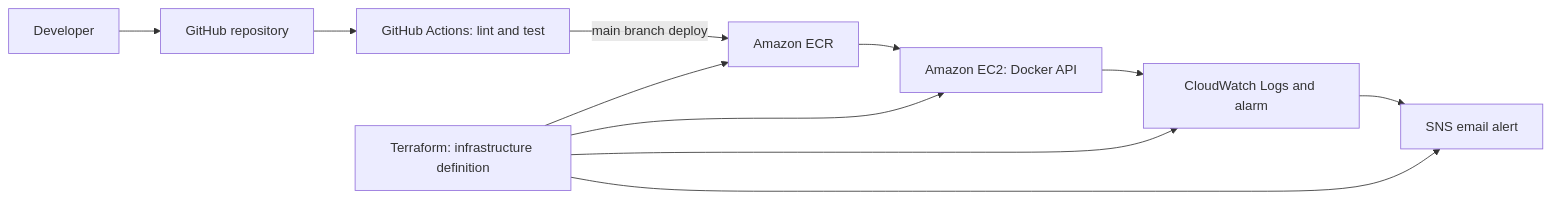
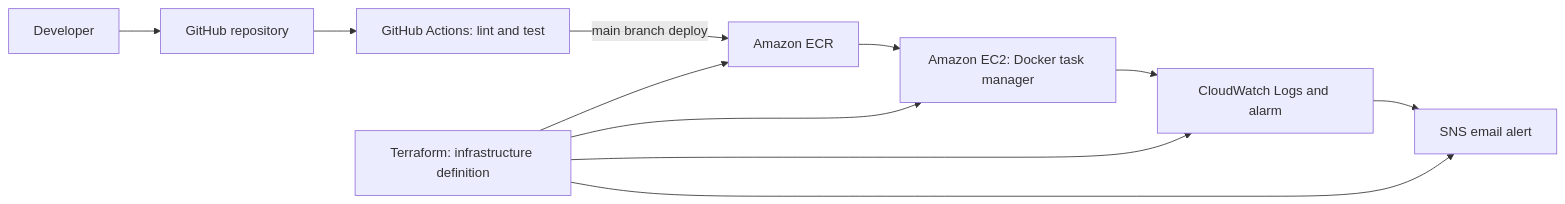
Before and after one commit to Sanath-2002/TASK-MANAGER: the diagram in README.md, drawn with Mermaid. The commit also changed other lines of this file and 3 other files, not shown here.

Commit message:
feat: add browser task manager

````diff
--- a/README.md
+++ b/README.md
@@ -11,13 +11,13 @@
 ```mermaid
 flowchart LR
     Dev[Developer] --> GitHub[GitHub repository]
     GitHub --> Actions[GitHub Actions: lint and test]
     Actions -->|main branch deploy| ECR[Amazon ECR]
-    ECR --> EC2[Amazon EC2: Docker API]
+    ECR --> EC2[Amazon EC2: Docker task manager]
     EC2 --> CW[CloudWatch Logs and alarm]
     CW --> SNS[SNS email alert]
     Terraform[Terraform: infrastructure definition] --> ECR
     Terraform --> EC2
     Terraform --> CW
     Terraform --> SNS
 ```
````
